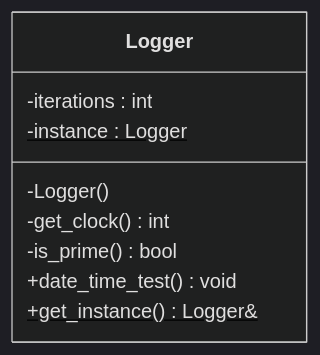
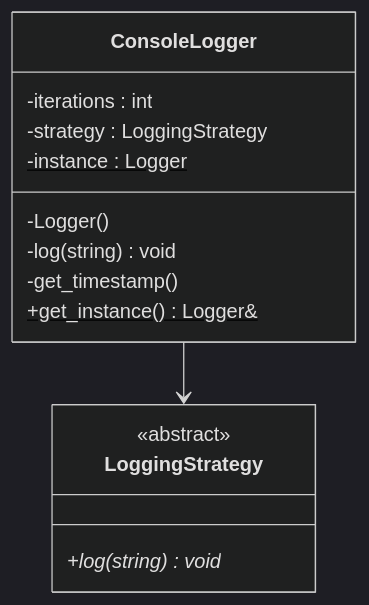
The diagram in uml.mmd (A-A-Tel/Logger-CPP), drawn with Mermaid (dark theme) before and after one commit. The commit also changed 6 other files, not shown here.

```diff
--- a/uml.mmd
+++ b/uml.mmd
@@ -1,13 +1,20 @@
 classDiagram
-    class Logger {
+    class ConsoleLogger {
 
         -iterations : int
+        -strategy : LoggingStrategy
         -instance : Logger$
 
-
         -Logger()
-        -get_clock() int
-        -is_prime() bool
-        +date_time_test() void
+        -log(string) void
+        -get_timestamp()
         +get_instance() Logger&$
     }
+
+class LoggingStrategy {
+        <<abstract>>
+
+        +log(string) void*
+    }
+
+    ConsoleLogger --> LoggingStrategy
```
